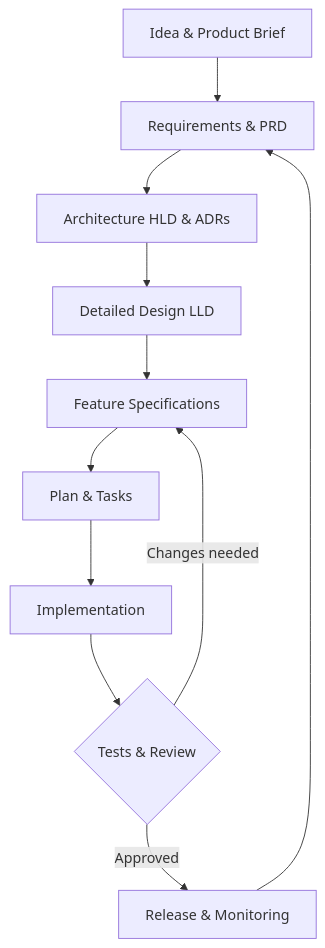
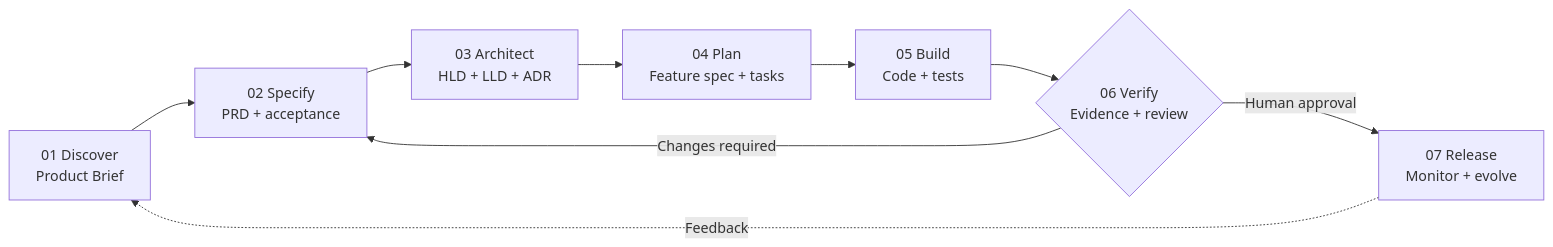
Before and after one commit to alexsandsouza/spection: the first of 2 diagrams in README.md, drawn with Mermaid. The commit also changed other lines of this file, not shown here.

Commit message:
docs: redesign README with premium bilingual navigation and architecture diagrams

````diff
--- a/README.md
+++ b/README.md
@@ -41,13 +48,11 @@
 ```mermaid
-flowchart TD
-  A[Idea & Product Brief] --> B[Requirements & PRD]
-  B --> C[Architecture HLD & ADRs]
-  C --> D[Detailed Design LLD]
-  D --> E[Feature Specifications]
-  E --> F[Plan & Tasks]
-  F --> G[Implementation]
-  G --> H{Tests & Review}
-  H -->|Changes needed| E
-  H -->|Approved| I[Release & Monitoring]
-  I --> B
+flowchart LR
+    A["01 Discover<br/>Product Brief"] --> B["02 Specify<br/>PRD + acceptance"]
+    B --> C["03 Architect<br/>HLD + LLD + ADR"]
+    C --> D["04 Plan<br/>Feature spec + tasks"]
+    D --> E["05 Build<br/>Code + tests"]
+    E --> F{"06 Verify<br/>Evidence + review"}
+    F -->|Changes required| B
+    F -->|Human approval| G["07 Release<br/>Monitor + evolve"]
+    G -.->|Feedback| A
 ```
````
